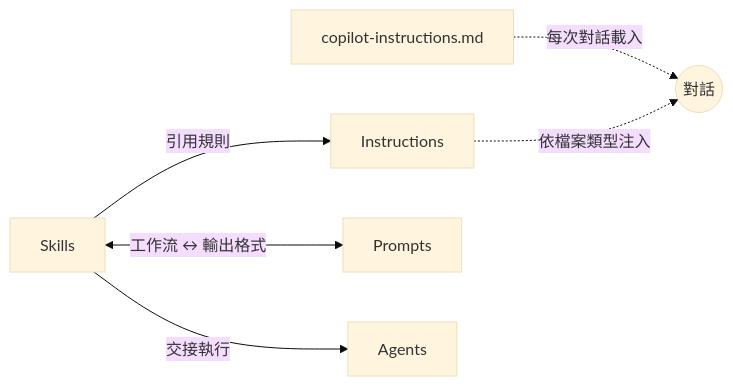
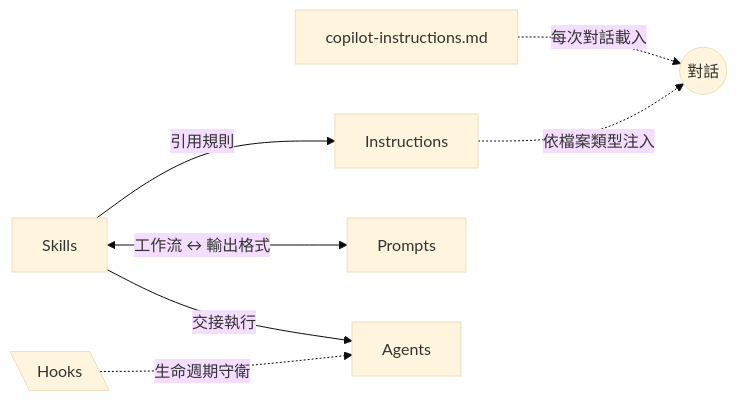
Before and after one commit to zexion7873/copilot-setting: the first of 3 diagrams in README.zh-TW.md, drawn with Mermaid (base theme). The commit also changed other lines of this file and 3 other files, not shown here.

````diff
--- a/README.zh-TW.md
+++ b/README.zh-TW.md
@@ -37,8 +38,9 @@
 ```mermaid
 flowchart LR
     CI[copilot-instructions.md] -.->|每次對話載入| Chat((對話))
     Inst[Instructions] -.->|依檔案類型注入| Chat
     Skills -->|引用規則| Inst
     Skills <-->|工作流 ↔ 輸出格式| Prompts
     Skills -->|交接執行| Agents
+    Hooks[\Hooks\] -.->|生命週期守衛| Agents
 ```
````
